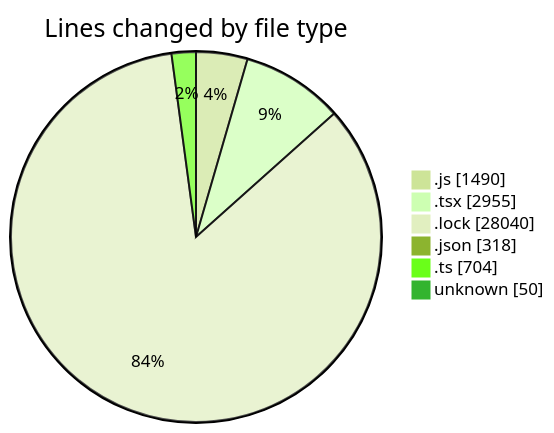
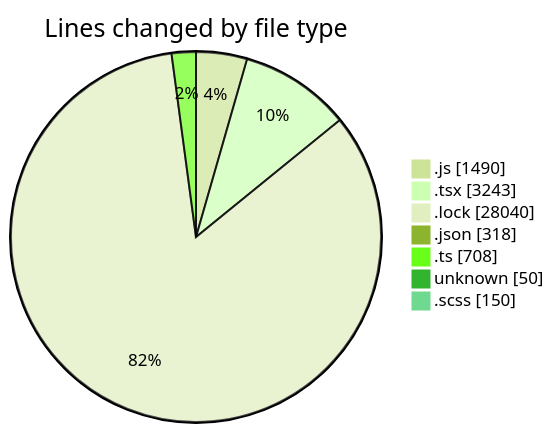
One commit to momahboobian/code-tracking changed the first of 2 diagrams in 2026-06-16/cda/README.md. Above: the diagram before and after it, drawn with Mermaid (forest theme). The commit also changed other lines of this file and 1 other file, not shown here.

````diff
--- a/2026-06-16/cda/README.md
+++ b/2026-06-16/cda/README.md
@@ -45,10 +48,11 @@
 ```mermaid
 pie showData
 title Lines changed by file type
 ".js" : 1490
-".tsx" : 2955
+".tsx" : 3243
 ".lock" : 28040
 ".json" : 318
-".ts" : 704
+".ts" : 708
 "unknown" : 50
+".scss" : 150
 ```
````
